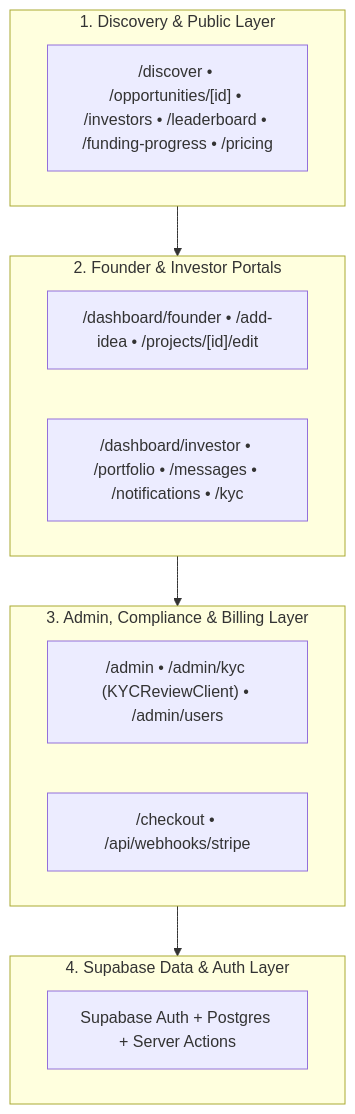
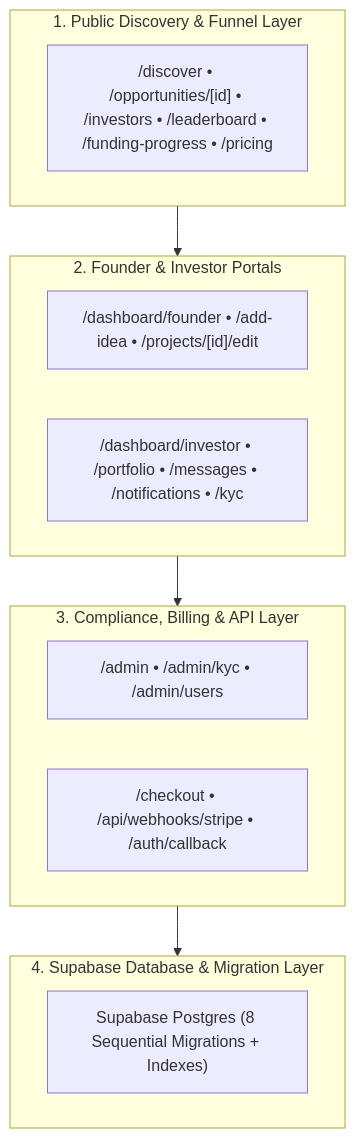
The diagram in README.md (islamsamyy/idea-business), drawn with Mermaid before and after one commit. The commit also changed other lines of this file, not shown here.

Commit message:
docs: add ultra-detailed architecture, schemas, visual showcase, APIs, and business ROI

````diff
--- a/README.md
+++ b/README.md
@@ -14,22 +30,22 @@
 ```mermaid
 flowchart TB
-    subgraph L1["1. Discovery & Public Layer"]
-        Public["/discover • /opportunities/[id] • /investors • /leaderboard • /funding-progress • /pricing"]
+    subgraph L1["1. Public Discovery & Funnel Layer"]
+        Pub["/discover • /opportunities/[id] • /investors • /leaderboard • /funding-progress • /pricing"]
     end
 
     subgraph L2["2. Founder & Investor Portals"]
-        Founder["/dashboard/founder • /add-idea • /projects/[id]/edit"]
-        Investor["/dashboard/investor • /portfolio • /messages • /notifications • /kyc"]
+        Found["/dashboard/founder • /add-idea • /projects/[id]/edit"]
+        Inv["/dashboard/investor • /portfolio • /messages • /notifications • /kyc"]
     end
 
-    subgraph L3["3. Admin, Compliance & Billing Layer"]
-        Admin["/admin • /admin/kyc (KYCReviewClient) • /admin/users"]
-        Stripe["/checkout • /api/webhooks/stripe"]
+    subgraph L3["3. Compliance, Billing & API Layer"]
+        Admin["/admin • /admin/kyc • /admin/users"]
+        API["/checkout • /api/webhooks/stripe • /auth/callback"]
     end
 
-    subgraph L4["4. Supabase Data & Auth Layer"]
-        Supa["Supabase Auth + Postgres + Server Actions"]
+    subgraph L4["4. Supabase Database & Migration Layer"]
+        Supa["Supabase Postgres (8 Sequential Migrations + Indexes)"]
     end
 
     L1 --> L2 --> L3 --> L4
 ```
````
